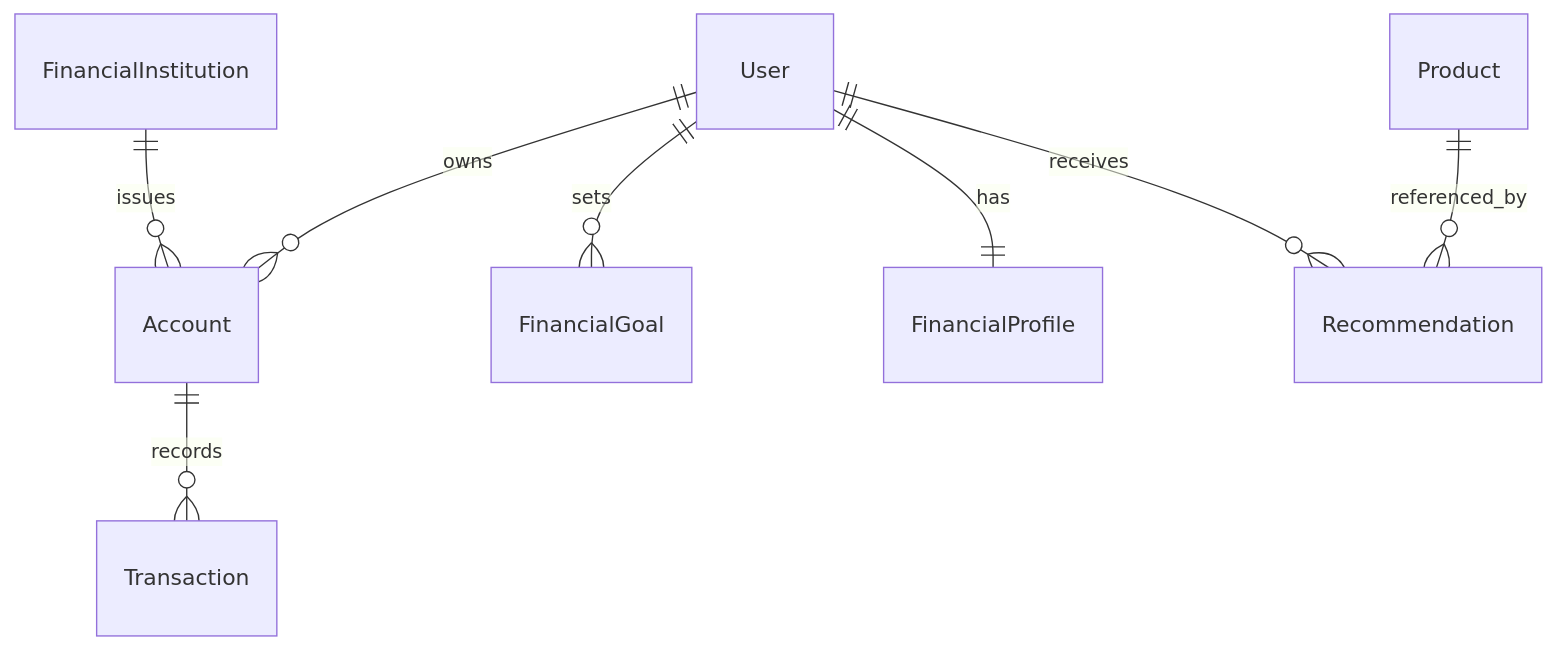
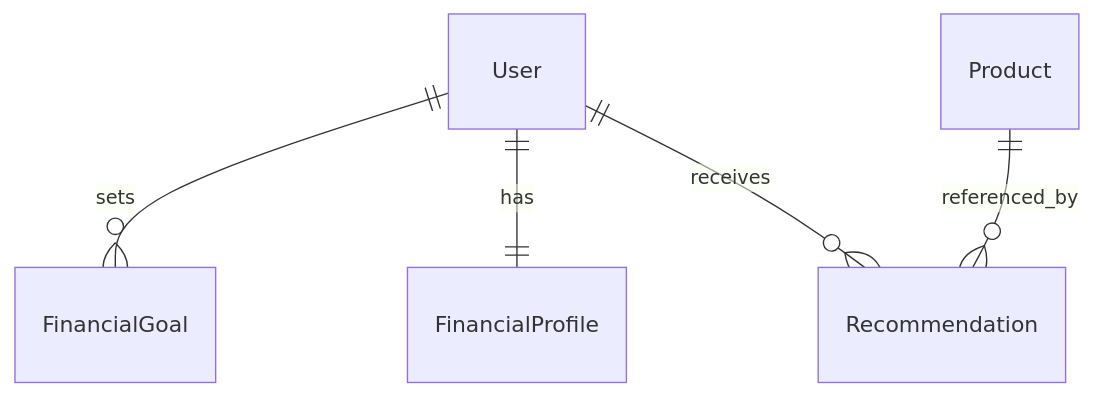
The sixth of 6 diagrams in docs/architecture.md (joaopaulodevv/compass), drawn with Mermaid before and after one commit. The commit also changed other lines of this file and 7 other files, not shown here.

````diff
--- a/docs/architecture.md
+++ b/docs/architecture.md
@@ -157,10 +218,7 @@
 ```mermaid
 erDiagram
-    User ||--o{ Account : owns
     User ||--o{ FinancialGoal : sets
     User ||--|| FinancialProfile : has
     User ||--o{ Recommendation : receives
-    FinancialInstitution ||--o{ Account : issues
-    Account ||--o{ Transaction : records
     Product ||--o{ Recommendation : referenced_by
 ```
````
